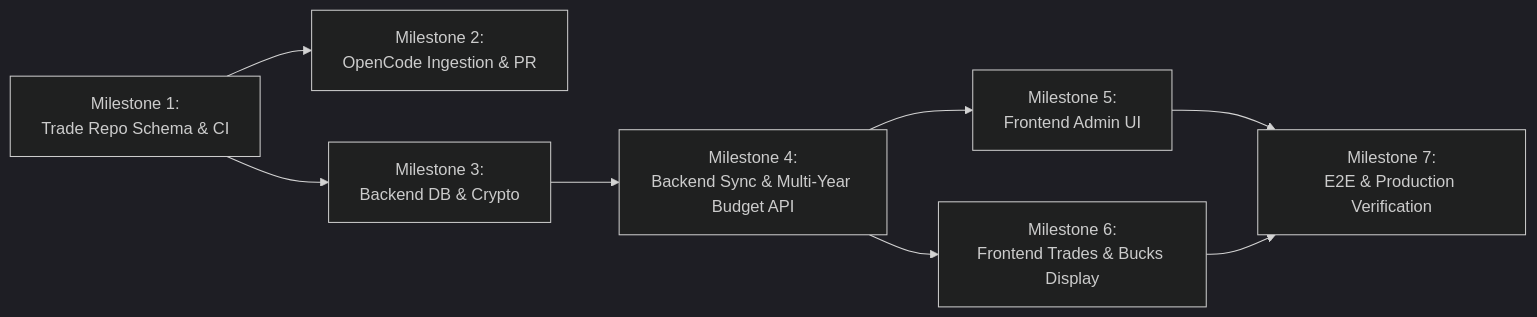
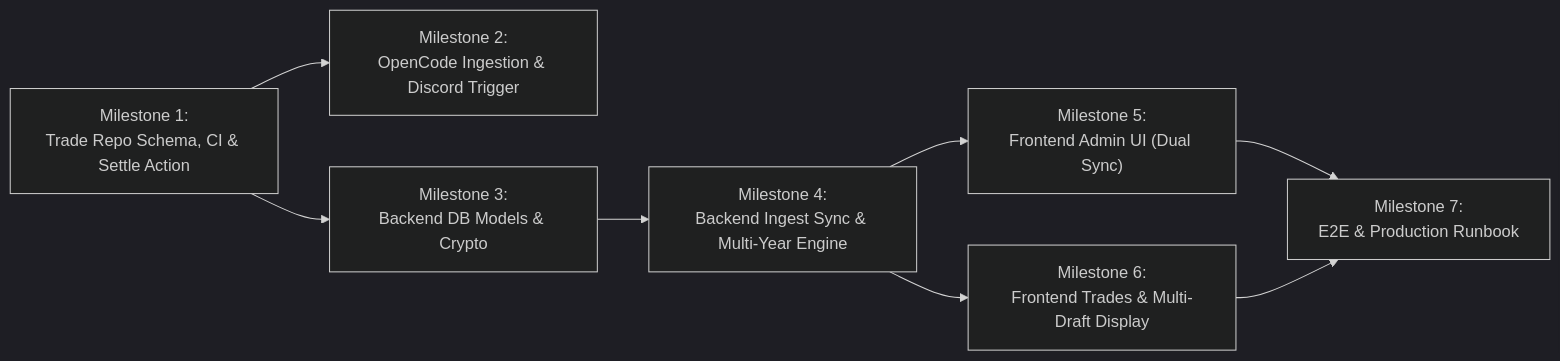
Before and after one commit to bberk/whodat-server: the second of 2 diagrams in docs/TRADE_TRACKER_PLAN.md, drawn with Mermaid (dark theme). The commit also changed other lines of this file, not shown here.

First line of the commit message:
Incorporate manual post-draft Action and dual sync controls

````diff
--- a/docs/TRADE_TRACKER_PLAN.md
+++ b/docs/TRADE_TRACKER_PLAN.md
@@ -446,10 +452,10 @@
 ```mermaid
 flowchart LR
-    M1["Milestone 1:<br/>Trade Repo Schema & CI"] --> M2["Milestone 2:<br/>OpenCode Ingestion & PR"]
-    M1 --> M3["Milestone 3:<br/>Backend DB & Crypto"]
-    M3 --> M4["Milestone 4:<br/>Backend Sync & Multi-Year Budget API"]
-    M4 --> M5["Milestone 5:<br/>Frontend Admin UI"]
-    M4 --> M6["Milestone 6:<br/>Frontend Trades & Bucks Display"]
-    M5 --> M7["Milestone 7:<br/>E2E & Production Verification"]
+    M1["Milestone 1:<br/>Trade Repo Schema, CI & Settle Action"] --> M2["Milestone 2:<br/>OpenCode Ingestion & Discord Trigger"]
+    M1 --> M3["Milestone 3:<br/>Backend DB Models & Crypto"]
+    M3 --> M4["Milestone 4:<br/>Backend Ingest Sync & Multi-Year Engine"]
+    M4 --> M5["Milestone 5:<br/>Frontend Admin UI (Dual Sync)"]
+    M4 --> M6["Milestone 6:<br/>Frontend Trades & Multi-Draft Display"]
+    M5 --> M7["Milestone 7:<br/>E2E & Production Runbook"]
     M6 --> M7
 ```
````
